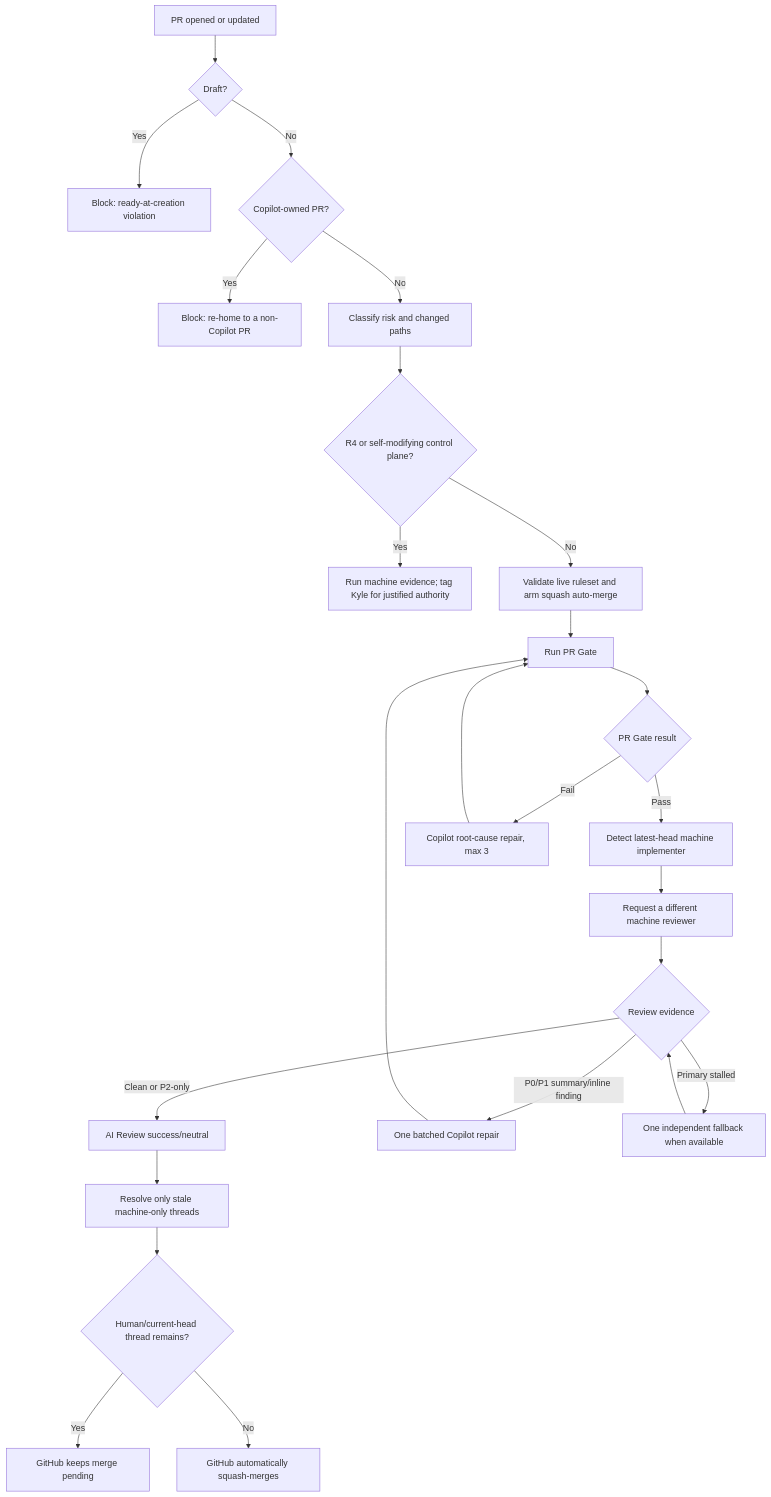
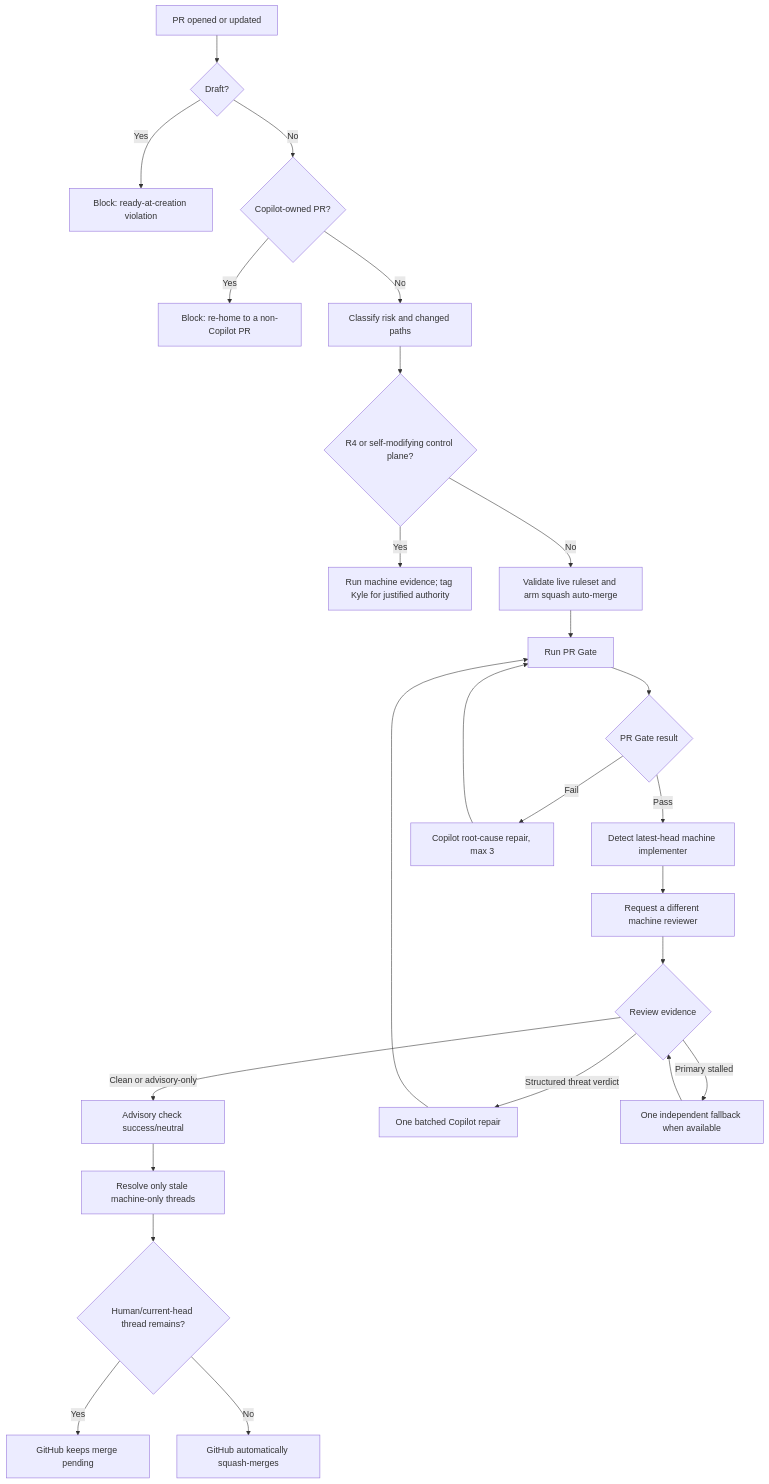
One commit to kgsmith19/agent-engineering-standard changed the diagram in DELIVERY_GITHUB.md. Above: the diagram before and after it, drawn with Mermaid. The commit also changed other lines of this file and 3 other files, not shown here.

````diff
--- a/DELIVERY_GITHUB.md
+++ b/DELIVERY_GITHUB.md
@@ -68,27 +68,27 @@
 ```mermaid
 flowchart TD
     A[PR opened or updated] --> B{Draft?}
     B -- Yes --> C[Block: ready-at-creation violation]
     B -- No --> D{Copilot-owned PR?}
     D -- Yes --> E[Block: re-home to a non-Copilot PR]
     D -- No --> H[Classify risk and changed paths]
     H --> I{R4 or self-modifying control plane?}
     I -- Yes --> J[Run machine evidence; tag Kyle for justified authority]
     I -- No --> K[Validate live ruleset and arm squash auto-merge]
     K --> L[Run PR Gate]
     L --> M{PR Gate result}
     M -- Pass --> N[Detect latest-head machine implementer]
     M -- Fail --> O[Copilot root-cause repair, max 3]
     O --> L
     N --> P[Request a different machine reviewer]
     P --> Q{Review evidence}
-    Q -- Clean or P2-only --> R[AI Review success/neutral]
-    Q -- P0/P1 summary/inline finding --> S[One batched Copilot repair]
+    Q -- Clean or advisory-only --> R[Advisory check success/neutral]
+    Q -- Structured threat verdict --> S[One batched Copilot repair]
     S --> L
     Q -- Primary stalled --> T[One independent fallback when available]
     T --> Q
     R --> U[Resolve only stale machine-only threads]
     U --> V{Human/current-head thread remains?}
     V -- Yes --> W[GitHub keeps merge pending]
     V -- No --> X[GitHub automatically squash-merges]
 ```
````
